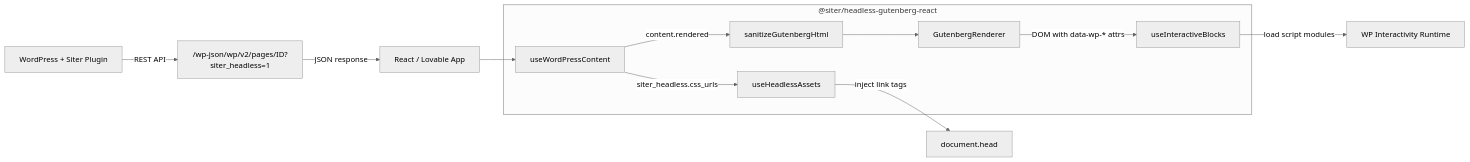
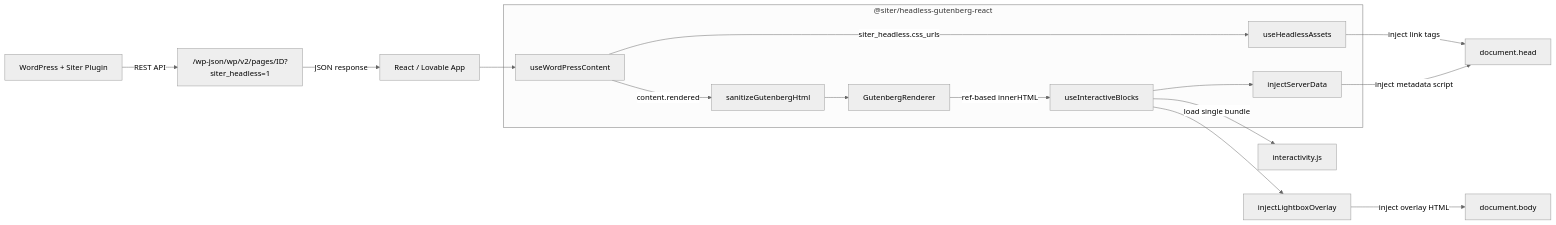
Before and after one commit to siter-place/headless-gutenberg-react: the second of 4 diagrams in docs/architecture.md, drawn with Mermaid (neutral theme). The commit also changed other lines of this file and 25 other files, not shown here.

````diff
--- a/docs/architecture.md
+++ b/docs/architecture.md
@@ -24,21 +34,26 @@
 ```mermaid
 flowchart LR
     WP["WordPress + Siter Plugin"] -->|"REST API"| API["/wp-json/wp/v2/pages/ID?siter_headless=1"]
     API -->|"JSON response"| ReactApp["React / Lovable App"]
 
     subgraph ReactPackage ["@siter/headless-gutenberg-react"]
         Fetch["useWordPressContent"]
         Sanitize["sanitizeGutenbergHtml"]
         CSSHook["useHeadlessAssets"]
         Renderer["GutenbergRenderer"]
         Interactive["useInteractiveBlocks"]
+        ServerData["injectServerData"]
     end
 
     ReactApp --> Fetch
     Fetch -->|"content.rendered"| Sanitize
     Fetch -->|"siter_headless.css_urls"| CSSHook
     Sanitize --> Renderer
     CSSHook -->|"inject link tags"| DocumentHead["document.head"]
-    Renderer -->|"DOM with data-wp-* attrs"| Interactive
-    Interactive -->|"load script modules"| WPInteractivity["WP Interactivity Runtime"]
+    Renderer -->|"ref-based innerHTML"| Interactive
+        Interactive --> ServerData
+    Interactive --> LightboxOverlay["injectLightboxOverlay"]
+    ServerData -->|"inject metadata script"| DocumentHead
+    LightboxOverlay -->|"inject overlay HTML"| DocumentBody["document.body"]
+    Interactive -->|"load single bundle"| Bundle["interactivity.js"]
 ```
````
